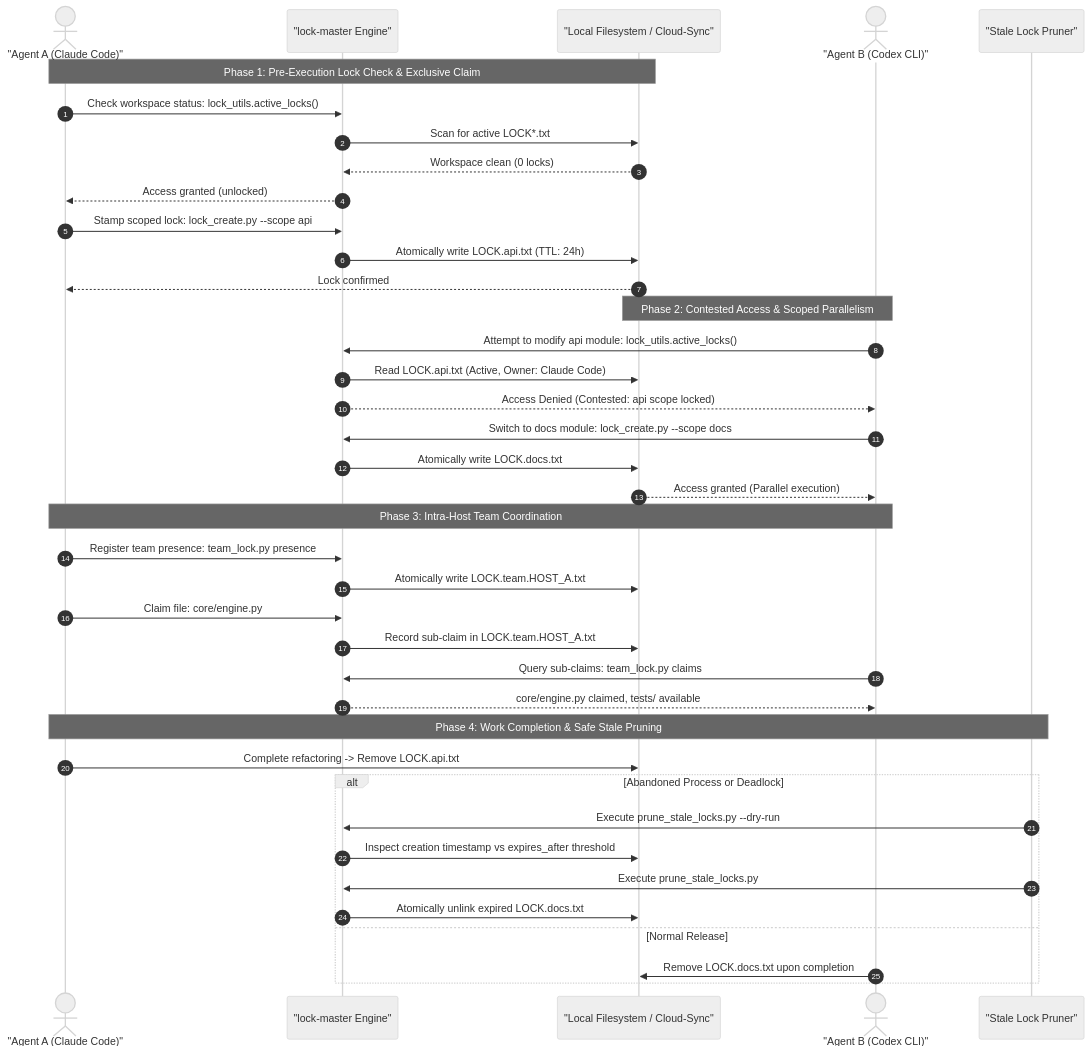
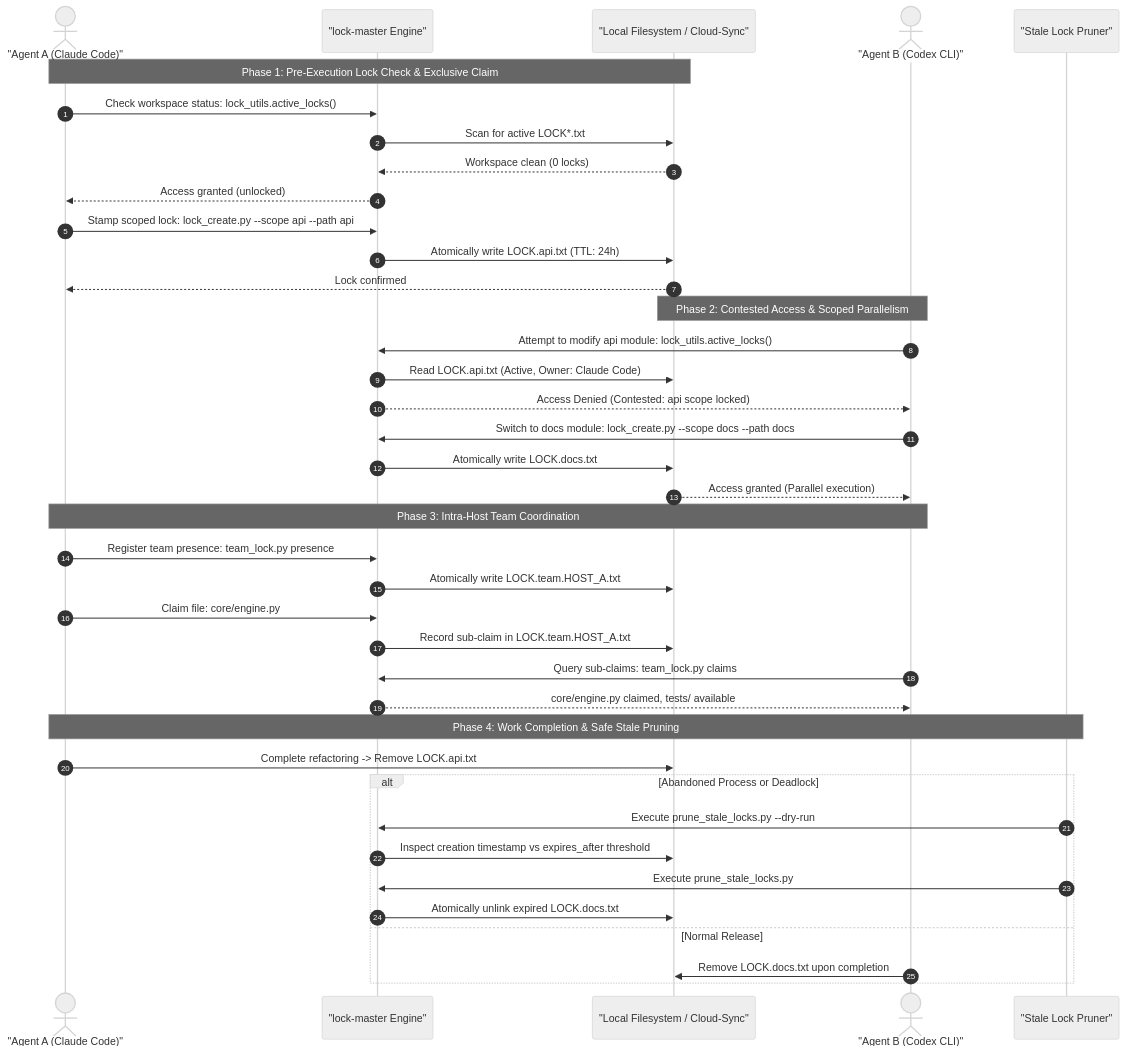
One commit to ellmos-ai/lock-master changed the second of 2 diagrams in README.md. Above: the diagram before and after it, drawn with Mermaid (neutral theme). The commit also changed other lines of this file and 2 other files, not shown here.

Commit message:
docs: show explicit paths in scoped-lock examples
T-20261013-779857491: keep README language variants and creator CLI examples aligned with the scoped path contract.

````diff
--- a/README.md
+++ b/README.md
@@ -153,45 +153,45 @@
 ```mermaid
 sequenceDiagram
     autonumber
     actor AgentA as "Agent A (Claude Code)"
     participant LM as "lock-master Engine"
     participant FS as "Local Filesystem / Cloud-Sync"
     actor AgentB as "Agent B (Codex CLI)"
     participant Pruner as "Stale Lock Pruner"
 
     Note over AgentA,FS: Phase 1: Pre-Execution Lock Check & Exclusive Claim
     AgentA->>LM: Check workspace status: lock_utils.active_locks()
     LM->>FS: Scan for active LOCK*.txt
     FS-->>LM: Workspace clean (0 locks)
     LM-->>AgentA: Access granted (unlocked)
-    AgentA->>LM: Stamp scoped lock: lock_create.py --scope api
+    AgentA->>LM: Stamp scoped lock: lock_create.py --scope api --path api
     LM->>FS: Atomically write LOCK.api.txt (TTL: 24h)
     FS-->>AgentA: Lock confirmed
 
     Note over AgentB,FS: Phase 2: Contested Access & Scoped Parallelism
     AgentB->>LM: Attempt to modify api module: lock_utils.active_locks()
     LM->>FS: Read LOCK.api.txt (Active, Owner: Claude Code)
     LM-->>AgentB: Access Denied (Contested: api scope locked)
-    AgentB->>LM: Switch to docs module: lock_create.py --scope docs
+    AgentB->>LM: Switch to docs module: lock_create.py --scope docs --path docs
     LM->>FS: Atomically write LOCK.docs.txt
     FS-->>AgentB: Access granted (Parallel execution)
 
     Note over AgentA,AgentB: Phase 3: Intra-Host Team Coordination
     AgentA->>LM: Register team presence: team_lock.py presence
     LM->>FS: Atomically write LOCK.team.HOST_A.txt
     AgentA->>LM: Claim file: core/engine.py
     LM->>FS: Record sub-claim in LOCK.team.HOST_A.txt
     AgentB->>LM: Query sub-claims: team_lock.py claims
     LM-->>AgentB: core/engine.py claimed, tests/ available
 
     Note over AgentA,Pruner: Phase 4: Work Completion & Safe Stale Pruning
     AgentA->>FS: Complete refactoring -> Remove LOCK.api.txt
     alt Abandoned Process or Deadlock
         Pruner->>LM: Execute prune_stale_locks.py --dry-run
         LM->>FS: Inspect creation timestamp vs expires_after threshold
         Pruner->>LM: Execute prune_stale_locks.py
         LM->>FS: Atomically unlink expired LOCK.docs.txt
     else Normal Release
         AgentB->>FS: Remove LOCK.docs.txt upon completion
     end
 ```
````
